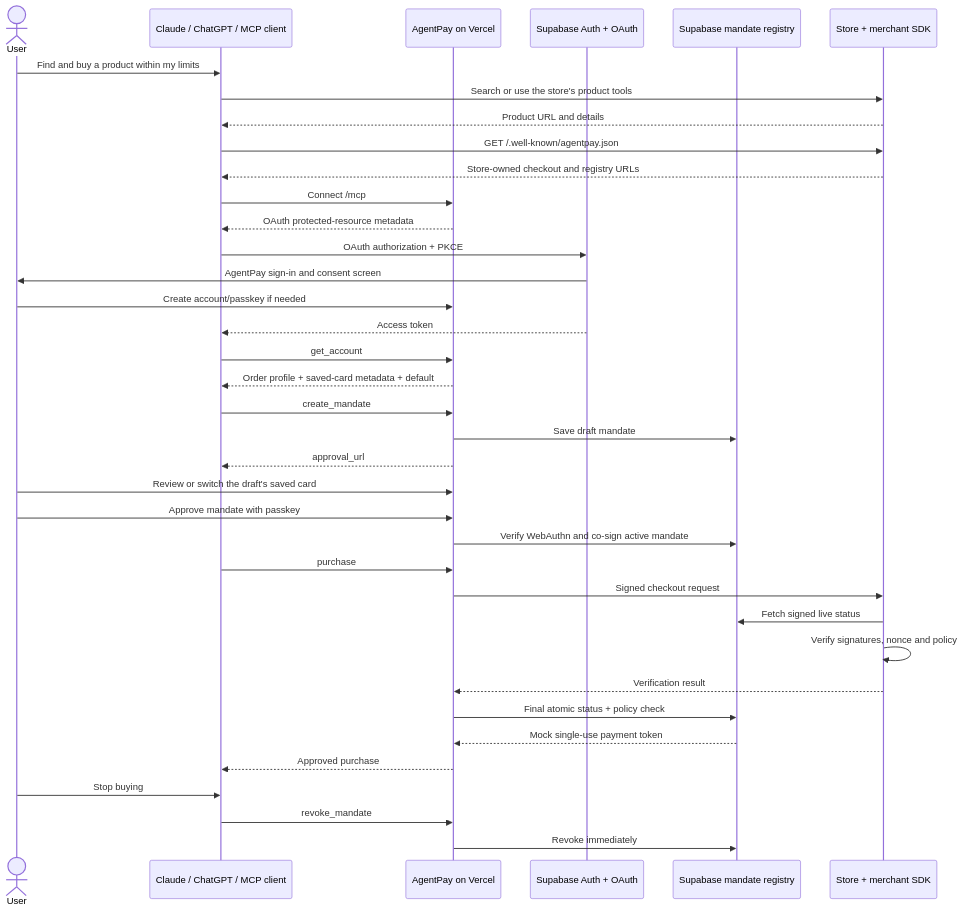
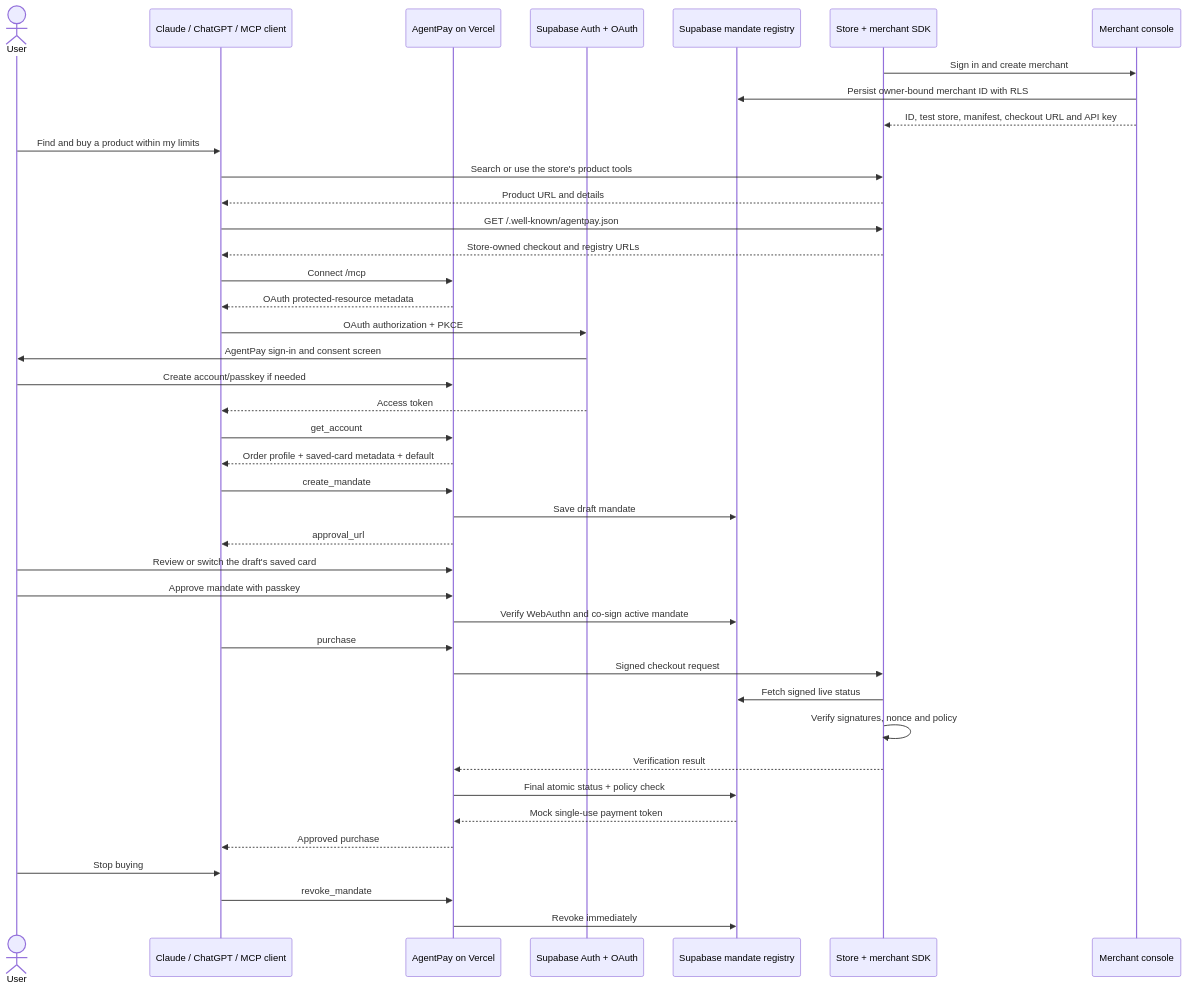
The diagram in docs/architecture.md (pedroschott/hackatonyuno), drawn with Mermaid before and after one commit. The commit also changed other lines of this file and 13 other files, not shown here.

````diff
--- a/docs/architecture.md
+++ b/docs/architecture.md
@@ -3,40 +3,45 @@
 ```mermaid
 sequenceDiagram
     actor User
     participant Agent as Claude / ChatGPT / MCP client
     participant AgentPay as AgentPay on Vercel
     participant Auth as Supabase Auth + OAuth
     participant Registry as Supabase mandate registry
     participant Store as Store + merchant SDK
+    participant Console as Merchant console
+
+    Store->>Console: Sign in and create merchant
+    Console->>Registry: Persist owner-bound merchant ID with RLS
+    Console-->>Store: ID, test store, manifest, checkout URL and API key
 
     User->>Agent: Find and buy a product within my limits
     Agent->>Store: Search or use the store's product tools
     Store-->>Agent: Product URL and details
     Agent->>Store: GET /.well-known/agentpay.json
     Store-->>Agent: Store-owned checkout and registry URLs
     Agent->>AgentPay: Connect /mcp
     AgentPay-->>Agent: OAuth protected-resource metadata
     Agent->>Auth: OAuth authorization + PKCE
     Auth->>User: AgentPay sign-in and consent screen
     User->>AgentPay: Create account/passkey if needed
     Auth-->>Agent: Access token
     Agent->>AgentPay: get_account
     AgentPay-->>Agent: Order profile + saved-card metadata + default
     Agent->>AgentPay: create_mandate
     AgentPay->>Registry: Save draft mandate
     AgentPay-->>Agent: approval_url
     User->>AgentPay: Review or switch the draft's saved card
     User->>AgentPay: Approve mandate with passkey
     AgentPay->>Registry: Verify WebAuthn and co-sign active mandate
     Agent->>AgentPay: purchase
     AgentPay->>Store: Signed checkout request
     Store->>Registry: Fetch signed live status
     Store->>Store: Verify signatures, nonce and policy
     Store-->>AgentPay: Verification result
     AgentPay->>Registry: Final atomic status + policy check
     Registry-->>AgentPay: Mock single-use payment token
     AgentPay-->>Agent: Approved purchase
     User->>Agent: Stop buying
     Agent->>AgentPay: revoke_mandate
     AgentPay->>Registry: Revoke immediately
 ```
````
